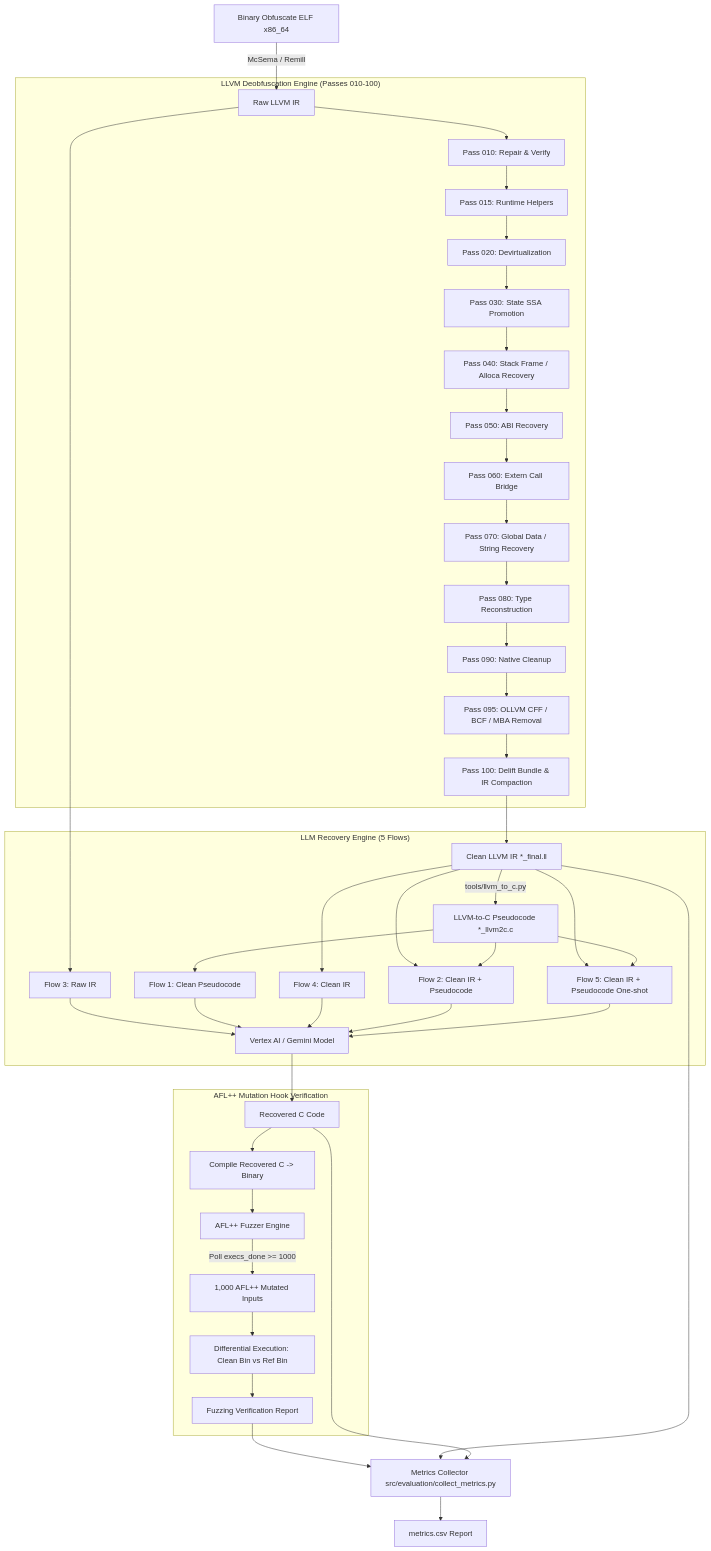
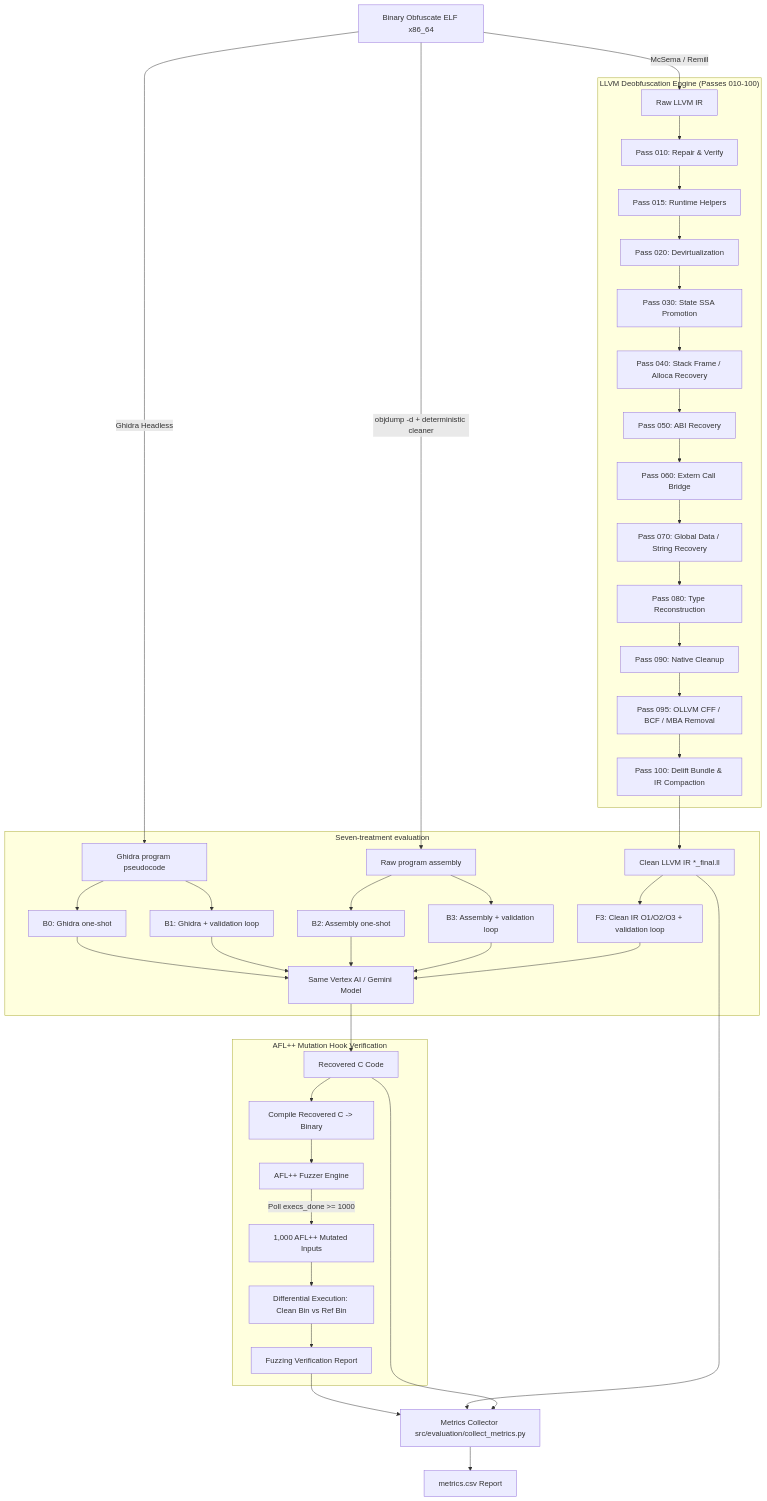
The diagram in README.md (dungkkk7/capstone_project), drawn with Mermaid before and after one commit. The commit also changed other lines of this file and 234 other files, not shown here.

Commit message:
add seven-flow decompilation evaluation

````diff
--- a/README.md
+++ b/README.md
@@ -37,45 +37,46 @@
 ```mermaid
 flowchart TD
     A[Binary Obfuscate ELF x86_64] -->|McSema / Remill| B[Raw LLVM IR]
     
     subgraph Deobfuscation_Engine ["LLVM Deobfuscation Engine (Passes 010-100)"]
         B --> P10[Pass 010: Repair & Verify]
         P10 --> P15[Pass 015: Runtime Helpers]
         P15 --> P20[Pass 020: Devirtualization]
         P20 --> P30[Pass 030: State SSA Promotion]
         P30 --> P40[Pass 040: Stack Frame / Alloca Recovery]
         P40 --> P50[Pass 050: ABI Recovery]
         P50 --> P60[Pass 060: Extern Call Bridge]
         P60 --> P70[Pass 070: Global Data / String Recovery]
         P70 --> P80[Pass 080: Type Reconstruction]
         P80 --> P90[Pass 090: Native Cleanup]
         P90 --> P95[Pass 095: OLLVM CFF / BCF / MBA Removal]
         P95 --> P100[Pass 100: Delift Bundle & IR Compaction]
     end
 
     P100 --> C[Clean LLVM IR *_final.ll]
-    C -->|tools/llvm_to_c.py| D[LLVM-to-C Pseudocode *_llvm2c.c]
+    A -->|Ghidra Headless| G[Ghidra program pseudocode]
 
-    subgraph LLM_Recovery_Engine ["LLM Recovery Engine (5 Flows)"]
-        C --> Mode3[Flow 4: Clean IR]
-        D --> Mode2[Flow 1: Clean Pseudocode]
-        B --> Mode1[Flow 3: Raw IR]
-        C & D --> Mode4[Flow 2: Clean IR + Pseudocode]
-        C & D --> Mode5[Flow 5: Clean IR + Pseudocode One-shot]
-        
-        Mode1 & Mode2 & Mode3 & Mode4 & Mode5 --> LLM[Vertex AI / Gemini Model]
+    A -->|objdump -d + deterministic cleaner| AS[Raw program assembly]
+
+    subgraph LLM_Recovery_Engine ["Seven-treatment evaluation"]
+        G --> B0[B0: Ghidra one-shot]
+        G --> B1[B1: Ghidra + validation loop]
+        AS --> B2[B2: Assembly one-shot]
+        AS --> B3[B3: Assembly + validation loop]
+        C --> F3[F3: Clean IR O1/O2/O3 + validation loop]
+        B0 & B1 & B2 & B3 & F3 --> LLM[Same Vertex AI / Gemini Model]
     end
 
     LLM --> E[Recovered C Code]
 
     subgraph Verification_Engine ["AFL++ Mutation Hook Verification"]
         E --> Comp[Compile Recovered C -> Binary]
         Comp --> AFL[AFL++ Fuzzer Engine]
         AFL -->|Poll execs_done >= 1000| Inputs[1,000 AFL++ Mutated Inputs]
         Inputs --> DiffExec[Differential Execution: Clean Bin vs Ref Bin]
         DiffExec --> FuzzReport[Fuzzing Verification Report]
     end
 
     FuzzReport & C & E --> Eval[Metrics Collector src/evaluation/collect_metrics.py]
     Eval --> CSV[metrics.csv Report]
 ```
````
